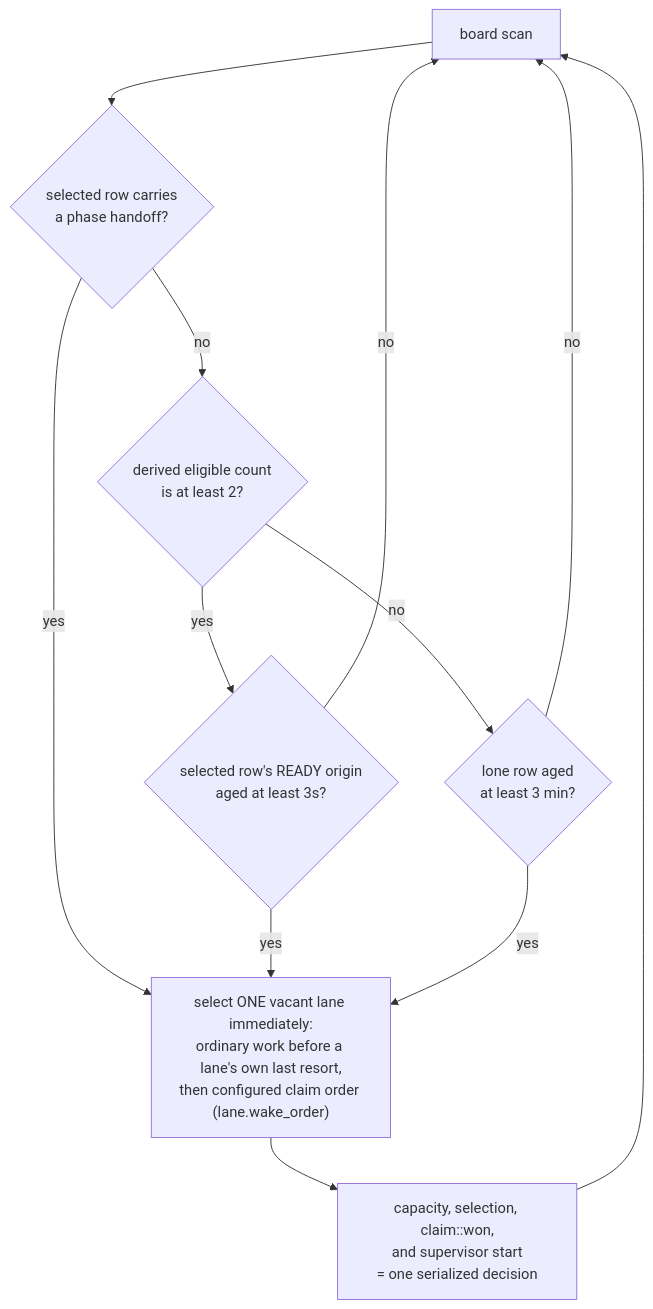
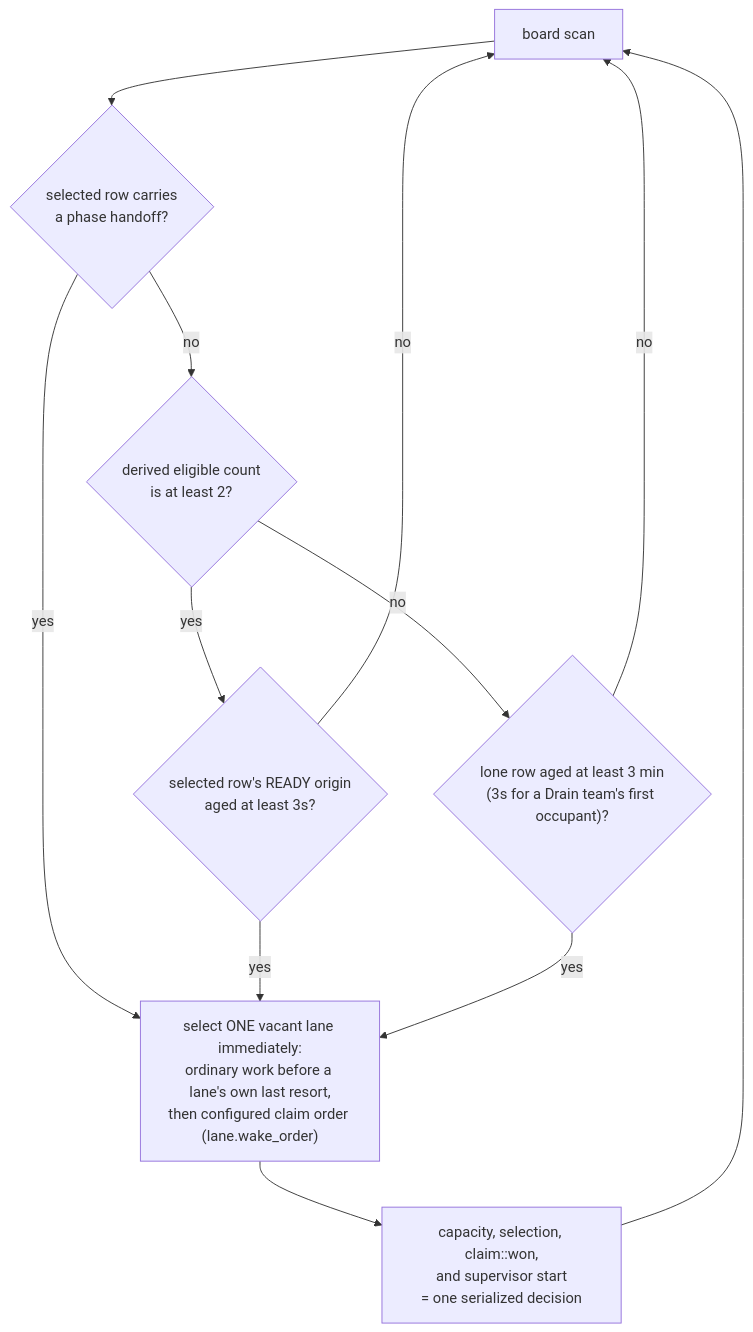
Diagram 12 of 17 in docs/product/loops.md (infimalabs/spice-rust), drawn with Mermaid before and after one commit. The commit also changed other lines of this file, not shown here.

Commit message:
docs: State the selected-row wake clock and its exceptions in the agent loop DOCS-dVkfq6rtm

````diff
--- a/docs/product/loops.md
+++ b/docs/product/loops.md
@@ -339,14 +339,14 @@
 ```mermaid
 flowchart TD
   B["board scan"] --> H{"selected row carries<br/>a phase handoff?"}
   H -- yes --> W["select ONE vacant lane immediately:<br/>ordinary work before a lane's own last resort,<br/>then configured claim order (lane.wake_order)"]
   H -- no --> R{"derived eligible count<br/>is at least 2?"}
   R -- yes --> S{"selected row's READY origin<br/>aged at least 3s?"}
-  R -- no --> L{"lone row aged<br/>at least 3 min?"}
+  R -- no --> L{"lone row aged at least 3 min<br/>(3s for a Drain team's first occupant)?"}
   S -- yes --> W
   S -- no --> B
   L -- yes --> W
   L -- no --> B
   W --> C["capacity, selection, claim::won,<br/>and supervisor start<br/>= one serialized decision"]
   C --> B
 ```
````
